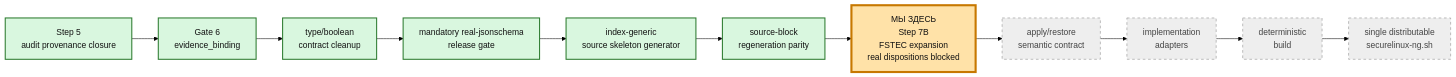
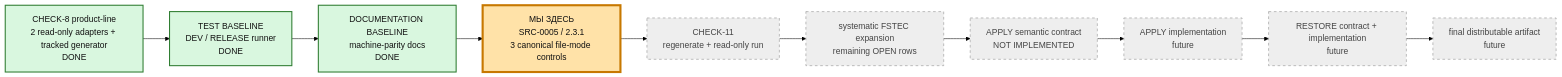
Before and after one commit to rasav65/SecureLinux-Policy: the sixth of 6 diagrams in docs/PROJECT-MAP-v3.md, drawn with Mermaid (forest theme). The commit also changed other lines of this file and 11 other files, not shown here.

Commit message:
docs: исправить current project map после baseline

````diff
--- a/docs/PROJECT-MAP-v3.md
+++ b/docs/PROJECT-MAP-v3.md
@@ -293,20 +297,19 @@
 ```mermaid
 flowchart LR
-    S1["Step 5<br/>audit provenance closure"]:::closed
-    S2["Gate 6<br/>evidence_binding"]:::closed
-    S3["type/boolean<br/>contract cleanup"]:::closed
-    S4["mandatory real-jsonschema<br/>release gate"]:::closed
-    S5["index-generic<br/>source skeleton generator"]:::closed
-    S6["source-block<br/>regeneration parity"]:::closed
-    S7["МЫ ЗДЕСЬ<br/>Step 7B<br/>FSTEC expansion<br/>real dispositions blocked"]:::current
-    S8["apply/restore<br/>semantic contract"]:::future
-    S9["implementation<br/>adapters"]:::future
-    S10["deterministic<br/>build"]:::future
-    S11["single distributable<br/>securelinux-ng.sh"]:::future
+    P1["CHECK-8 product-line<br/>2 read-only adapters + tracked generator<br/>DONE"]:::closed
+    P2["TEST BASELINE<br/>DEV / RELEASE runner<br/>DONE"]:::closed
+    P3["DOCUMENTATION BASELINE<br/>machine-parity docs<br/>DONE"]:::closed
+    P4["МЫ ЗДЕСЬ<br/>SRC-0005 / 2.3.1<br/>3 canonical file-mode controls"]:::current
+    P5["CHECK-11<br/>regenerate + read-only run"]:::future
+    P6["systematic FSTEC expansion<br/>remaining OPEN rows"]:::future
+    P7["APPLY semantic contract<br/>NOT IMPLEMENTED"]:::future
+    P8["APPLY implementation<br/>future"]:::future
+    P9["RESTORE contract + implementation<br/>future"]:::future
+    P10["final distributable artifact<br/>future"]:::future
 
-    S1 --> S2 --> S3 --> S4 --> S5 --> S6 --> S7 --> S8 --> S9 --> S10 --> S11
+    P1 --> P2 --> P3 --> P4 --> P5 --> P6 --> P7 --> P8 --> P9 --> P10
 
     classDef closed fill:#d9f7df,stroke:#2f7d32,color:#111,stroke-width:2px;
     classDef current fill:#ffe2a8,stroke:#c77800,color:#111,stroke-width:4px;
     classDef future fill:#eeeeee,stroke:#888,color:#444,stroke-dasharray: 5 5;
 ```
````
